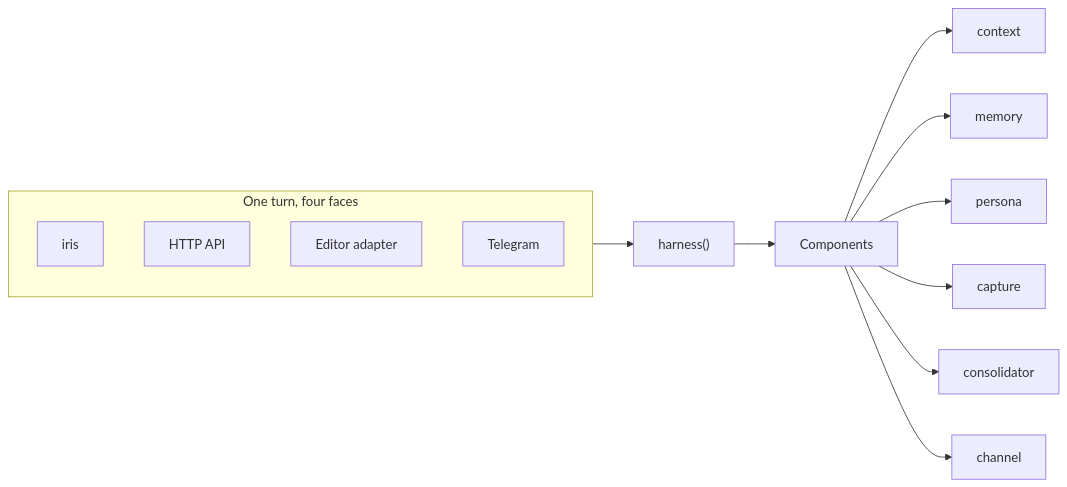
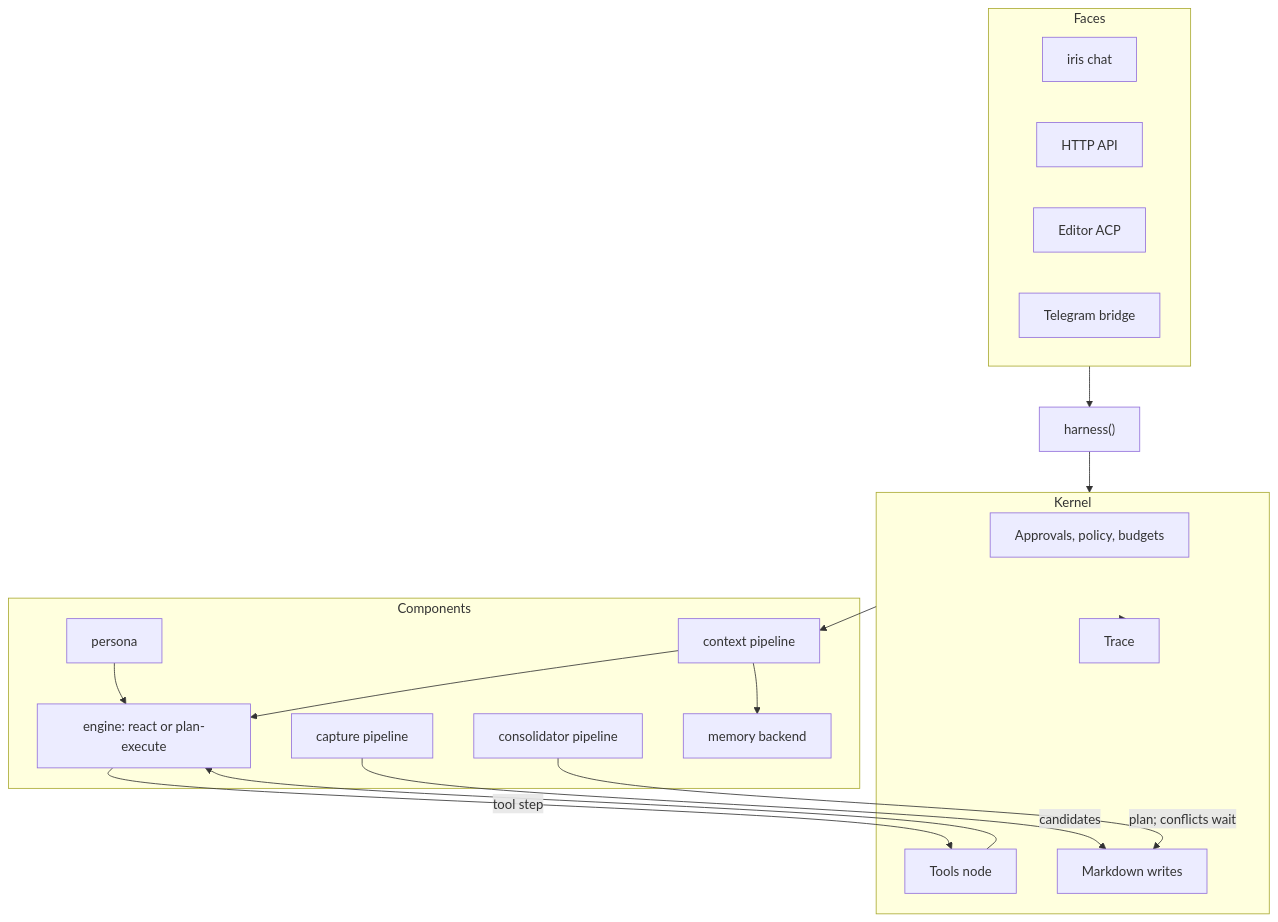
Before and after one commit to omhome16/Iris: the first of 3 diagrams in README.md, drawn with Mermaid. The commit also changed other lines of this file, not shown here.

````diff
--- a/README.md
+++ b/README.md
@@ -60,17 +60,34 @@
 ```mermaid
-flowchart LR
-  subgraph faces ["One turn, four faces"]
-    cli["iris"]
-    api["HTTP API"]
-    acp["Editor adapter"]
-    tg["Telegram"]
+flowchart TB
+  subgraph faces ["Faces"]
+    chat["iris chat"]
+    http["HTTP API"]
+    acp["Editor ACP"]
+    telegram["Telegram bridge"]
   end
   faces --> harness["harness()"]
-  harness --> parts["Components"]
-  parts --> context["context"]
-  parts --> memory["memory"]
-  parts --> persona["persona"]
-  parts --> capture["capture"]
-  parts --> consolidator["consolidator"]
-  parts --> channel["channel"]
+  subgraph kernel ["Kernel"]
+    policy["Approvals, policy, budgets"]
+    tools["Tools node"]
+    writes["Markdown writes"]
+    trace["Trace"]
+  end
+  harness --> kernel
+  subgraph parts ["Components"]
+    context["context pipeline"]
+    engine["engine: react or plan-execute"]
+    persona["persona"]
+    capture["capture pipeline"]
+    consolidator["consolidator pipeline"]
+    memory["memory backend"]
+  end
+  kernel --> context
+  persona --> engine
+  context --> engine
+  context --> memory
+  engine -->|"tool step"| tools
+  tools --> engine
+  capture -->|"candidates"| writes
+  consolidator -->|"plan; conflicts wait"| writes
+  kernel --> trace
 ```
````
